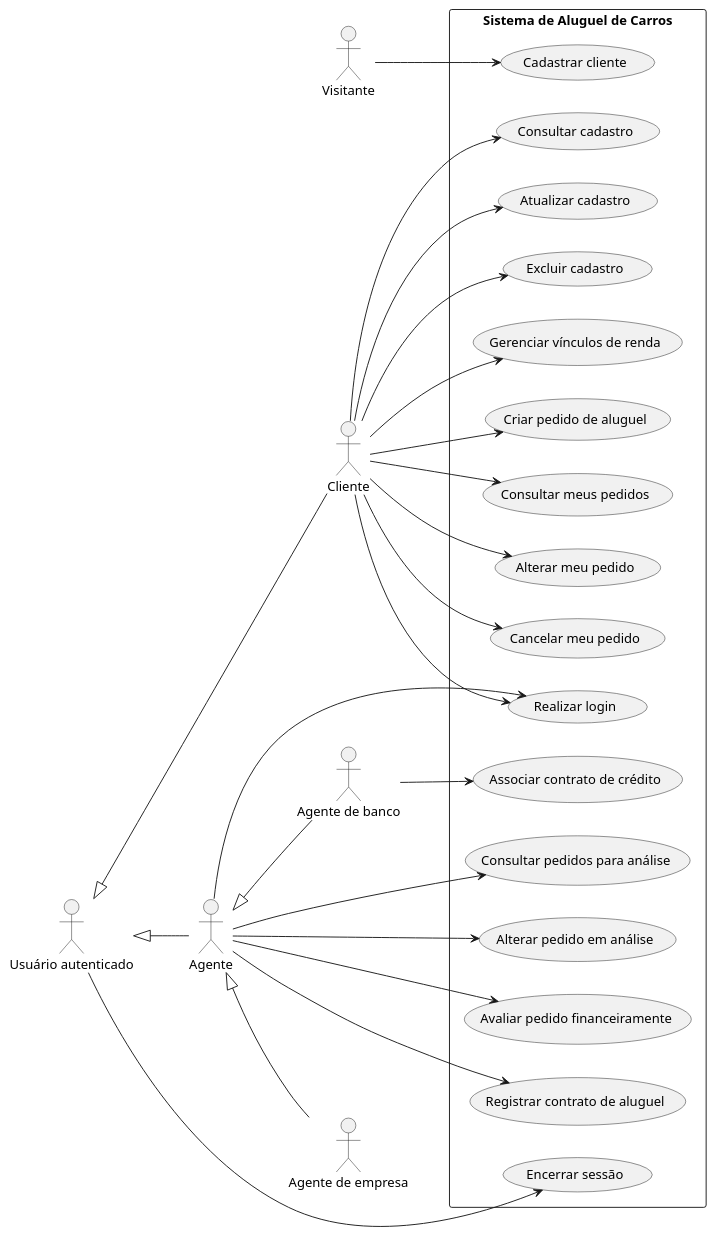
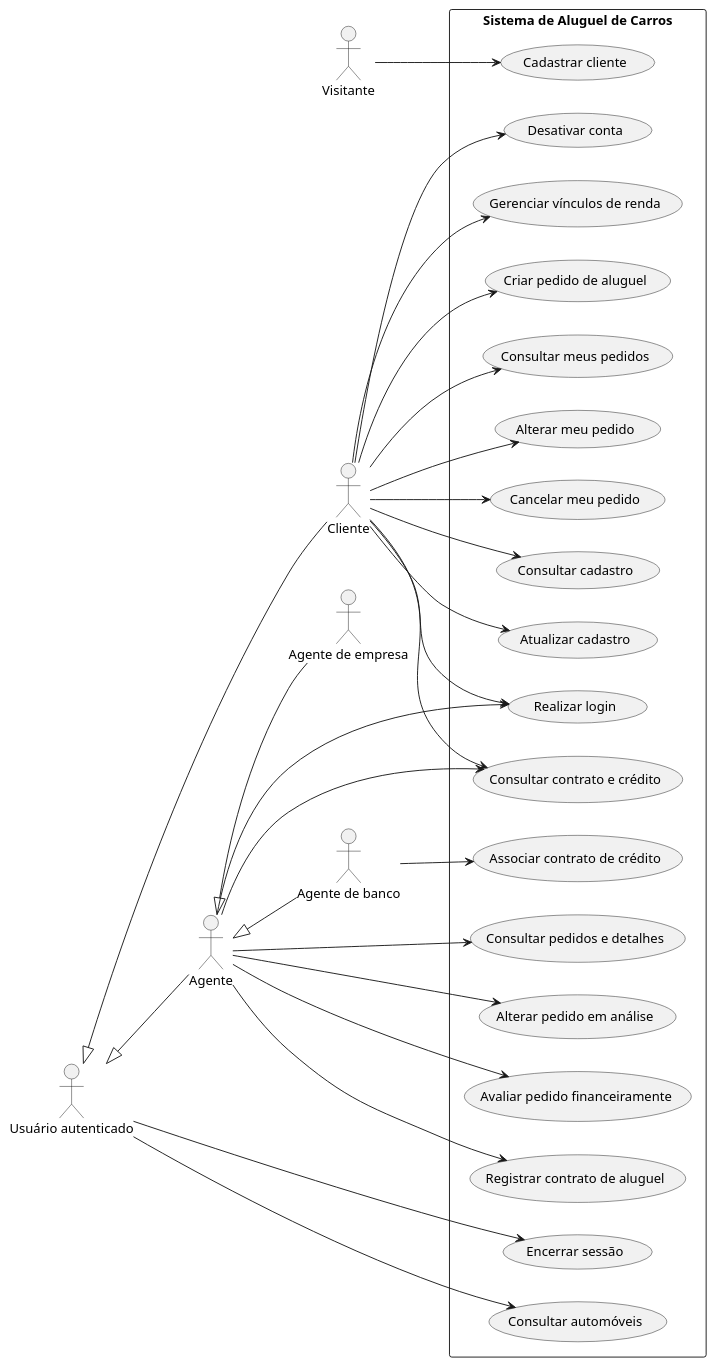
One commit to Evycostzocn/AluguelDeCarros changed the diagram in AluguelDeCarros/src/docs/casos-de-uso.md. Above: the diagram before and after it, drawn with PlantUML. The commit also changed other lines of this file and 18 other files, not shown here.

```diff
--- a/AluguelDeCarros/src/docs/casos-de-uso.md
+++ b/AluguelDeCarros/src/docs/casos-de-uso.md
@@ -50,61 +57,66 @@
 ~~~plantuml
 @startuml
 left to right direction
 
 actor Visitante
 actor "Usuário autenticado" as Usuario
 actor Cliente
 actor Agente
 actor "Agente de empresa" as Empresa
 actor "Agente de banco" as Banco
 
 Usuario <|-- Cliente
 Usuario <|-- Agente
 Agente <|-- Empresa
 Agente <|-- Banco
 
 rectangle "Sistema de Aluguel de Carros" {
     usecase "Cadastrar cliente" as UC01
     usecase "Realizar login" as UC02
     usecase "Encerrar sessão" as UC03
 
     usecase "Consultar cadastro" as UC04
     usecase "Atualizar cadastro" as UC05
-    usecase "Excluir cadastro" as UC06
+    usecase "Desativar conta" as UC06
     usecase "Gerenciar vínculos de renda" as UC07
 
     usecase "Criar pedido de aluguel" as UC08
     usecase "Consultar meus pedidos" as UC09
     usecase "Alterar meu pedido" as UC10
     usecase "Cancelar meu pedido" as UC11
 
-    usecase "Consultar pedidos para análise" as UC12
+    usecase "Consultar pedidos e detalhes" as UC12
     usecase "Alterar pedido em análise" as UC13
     usecase "Avaliar pedido financeiramente" as UC14
     usecase "Registrar contrato de aluguel" as UC15
     usecase "Associar contrato de crédito" as UC16
+    usecase "Consultar automóveis" as UC17
+    usecase "Consultar contrato e crédito" as UC18
 }
 
 Visitante --> UC01
 Cliente --> UC02
 Agente --> UC02
 Usuario --> UC03
 
 Cliente --> UC04
 Cliente --> UC05
 Cliente --> UC06
 Cliente --> UC07
 Cliente --> UC08
 Cliente --> UC09
 Cliente --> UC10
 Cliente --> UC11
 
 Agente --> UC12
 Agente --> UC13
 Agente --> UC14
 Agente --> UC15
 
 Banco --> UC16
+Usuario --> UC17
+Cliente --> UC18
+Agente --> UC18
 
 @enduml
 ~~~
```
